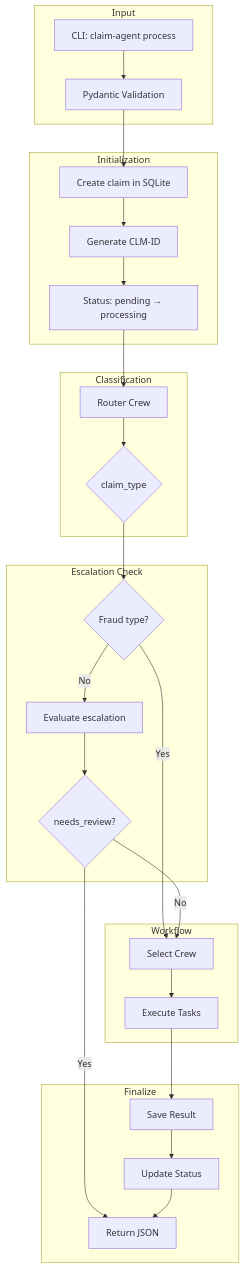
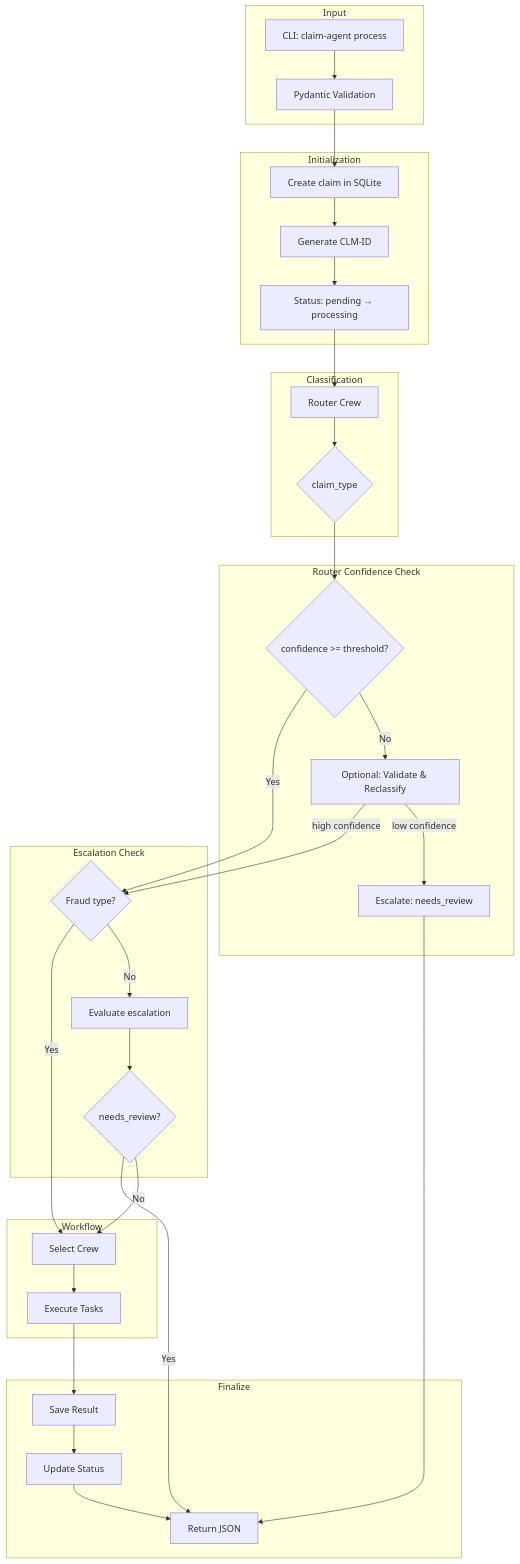
The first of 7 diagrams in docs/agent-flow.md (csmangum/auto-agent), drawn with Mermaid before and after one commit. The commit also changed 2 other files, not shown here.

Commit message:
Apply PR review feedback: ValueError fix, validation tests, flowchart update

````diff
--- a/docs/agent-flow.md
+++ b/docs/agent-flow.md
@@ -9,41 +9,51 @@
 ```mermaid
 flowchart TB
     subgraph Input
         A[CLI: claim-agent process]
         B[Pydantic Validation]
     end
     
     subgraph Init["Initialization"]
         C[Create claim in SQLite]
         D[Generate CLM-ID]
         E[Status: pending → processing]
     end
     
     subgraph Classification
         F[Router Crew]
         G{claim_type}
     end
-    
+
+    subgraph ConfidenceCheck["Router Confidence Check"]
+        R{confidence >= threshold?}
+        V[Optional: Validate & Reclassify]
+        S[Escalate: needs_review]
+    end
+
     subgraph Escalation["Escalation Check"]
         H{Fraud type?}
         I[Evaluate escalation]
         J{needs_review?}
     end
     
     subgraph Workflow
         K[Select Crew]
         L[Execute Tasks]
     end
     
     subgraph Finalize
         M[Save Result]
         N[Update Status]
         O[Return JSON]
     end
     
-    A --> B --> C --> D --> E --> F --> G --> H
+    A --> B --> C --> D --> E --> F --> G --> R
+    R -->|Yes| H
+    R -->|No| V
+    V -->|high confidence| H
+    V -->|low confidence| S --> O
     H -->|Yes| K
     H -->|No| I --> J
     J -->|Yes| O
     J -->|No| K --> L --> M --> N --> O
 ```
````
